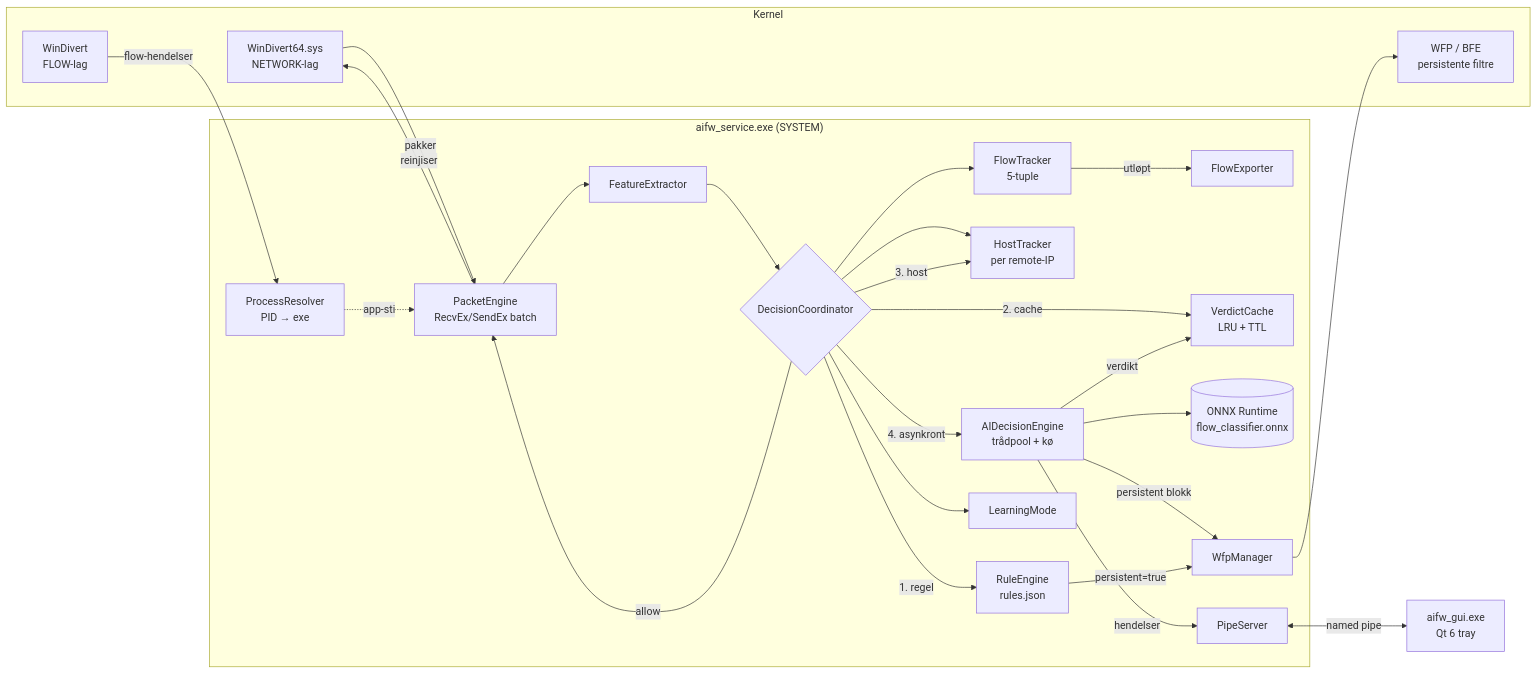
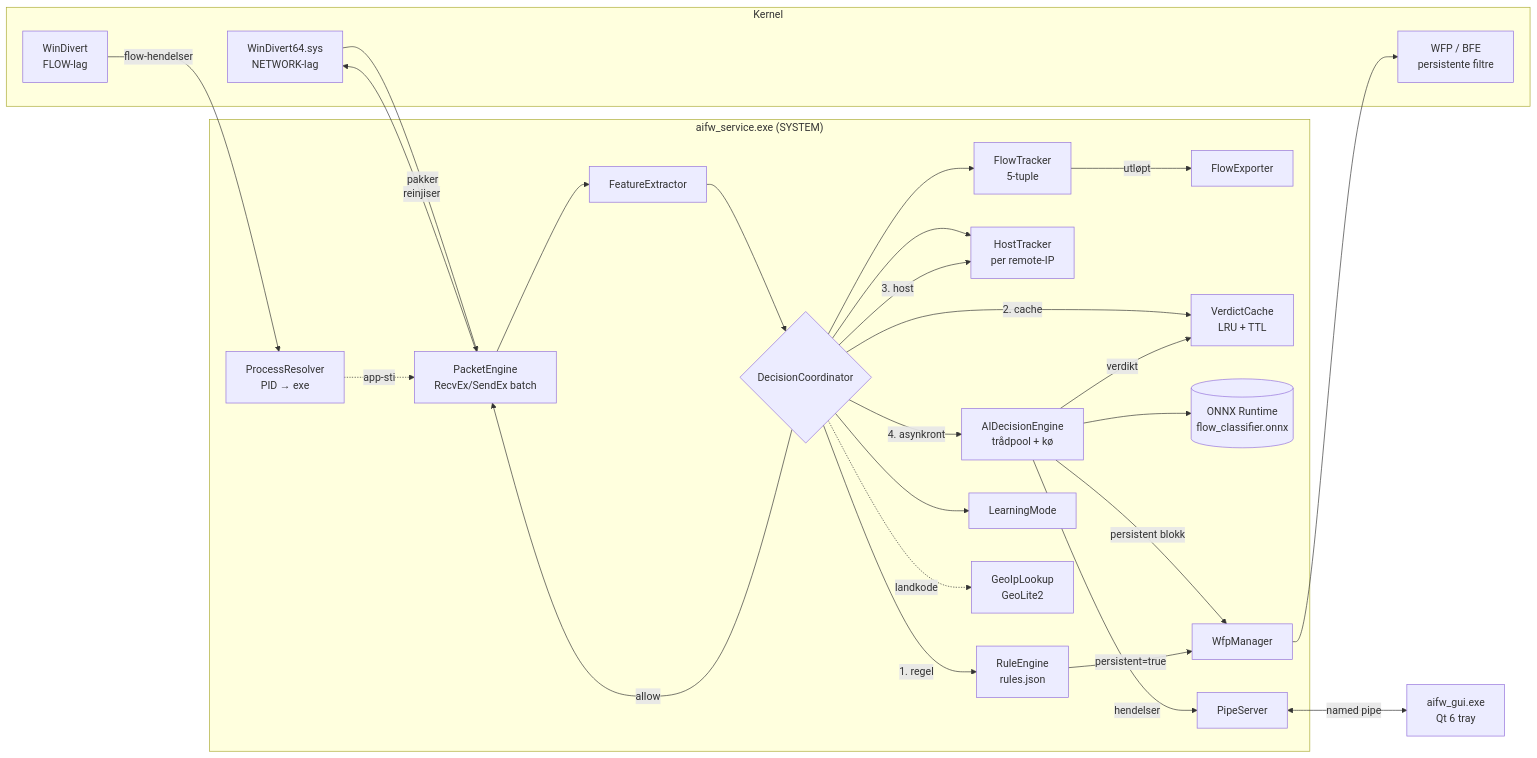
One commit to GizzZmo/ai-firewall changed the diagram in README.md. Above: the diagram before and after it, drawn with Mermaid. The commit also changed other lines of this file, not shown here.

Commit message:
Document GeoIP support and update roadmap

````diff
--- a/README.md
+++ b/README.md
@@ -33,45 +34,47 @@
 ```mermaid
 flowchart LR
     subgraph Kernel
         WD[WinDivert64.sys<br/>NETWORK-lag]
         WDF[WinDivert<br/>FLOW-lag]
         BFE[WFP / BFE<br/>persistente filtre]
     end
 
     subgraph Service["aifw_service.exe (SYSTEM)"]
         PE[PacketEngine<br/>RecvEx/SendEx batch]
         PR[ProcessResolver<br/>PID → exe]
         FX[FeatureExtractor]
         FT[FlowTracker<br/>5-tuple]
         HT[HostTracker<br/>per remote-IP]
         FE[FlowExporter]
         DC{DecisionCoordinator}
         RE[RuleEngine<br/>rules.json]
         VC[VerdictCache<br/>LRU + TTL]
         AI[AIDecisionEngine<br/>trådpool + kø]
         OX[(ONNX Runtime<br/>flow_classifier.onnx)]
         LM[LearningMode]
         WM[WfpManager]
         PS[PipeServer]
+        GEO[GeoIpLookup<br/>GeoLite2]
     end
 
     GUI[aifw_gui.exe<br/>Qt 6 tray]
 
     WD -- pakker --> PE
     WDF -- flow-hendelser --> PR
     PR -. app-sti .-> PE
     PE --> FX --> DC
     DC --> FT
     DC --> HT
     FT -- utløpt --> FE
     DC -- 1. regel --> RE
     DC -- 2. cache --> VC
     DC -- 3. host --> HT
     DC -- 4. asynkront --> AI --> OX
     AI -- verdikt --> VC
     DC --> LM
+    DC -. landkode .-> GEO
     AI -- persistent blokk --> WM --> BFE
     RE -- persistent=true --> WM
     DC -- allow --> PE -- reinjiser --> WD
     AI -- hendelser --> PS <-- named pipe --> GUI
 ```
````
